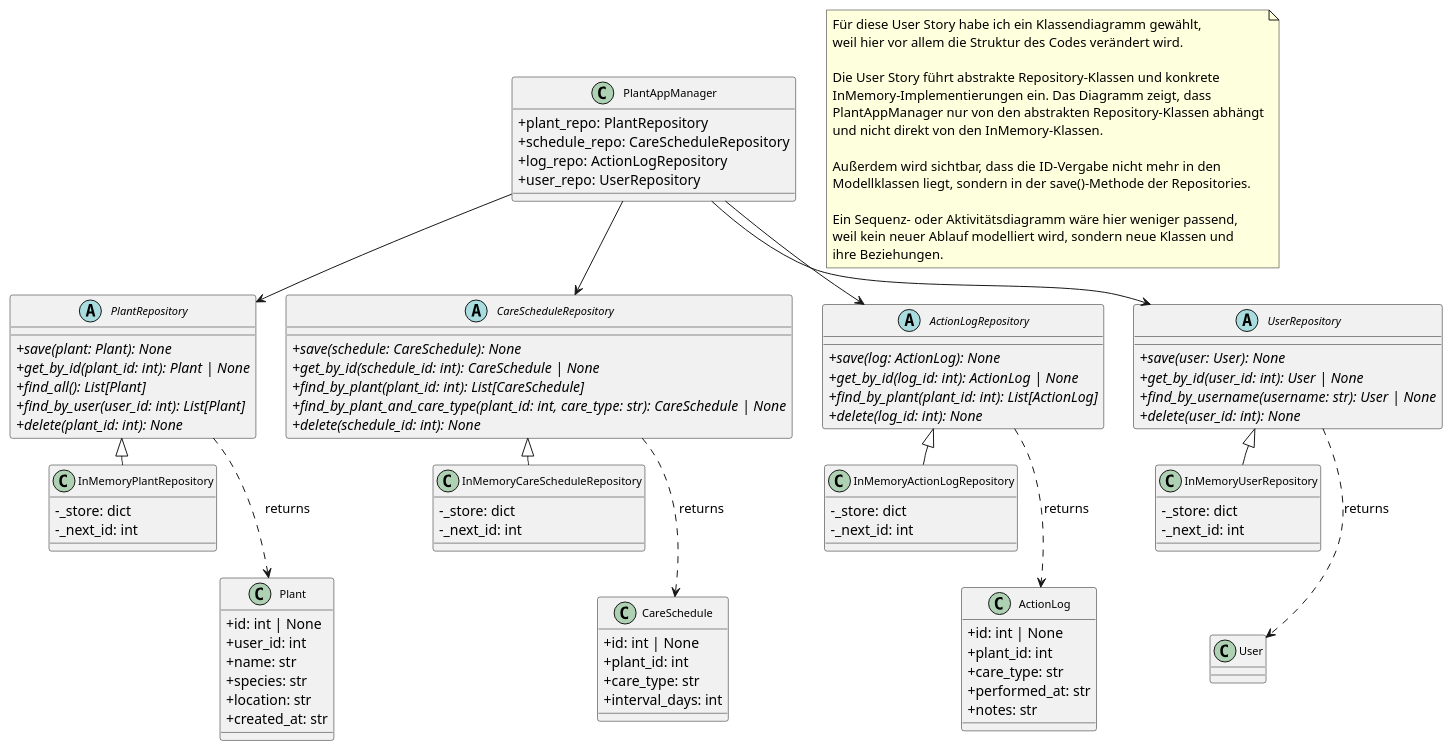
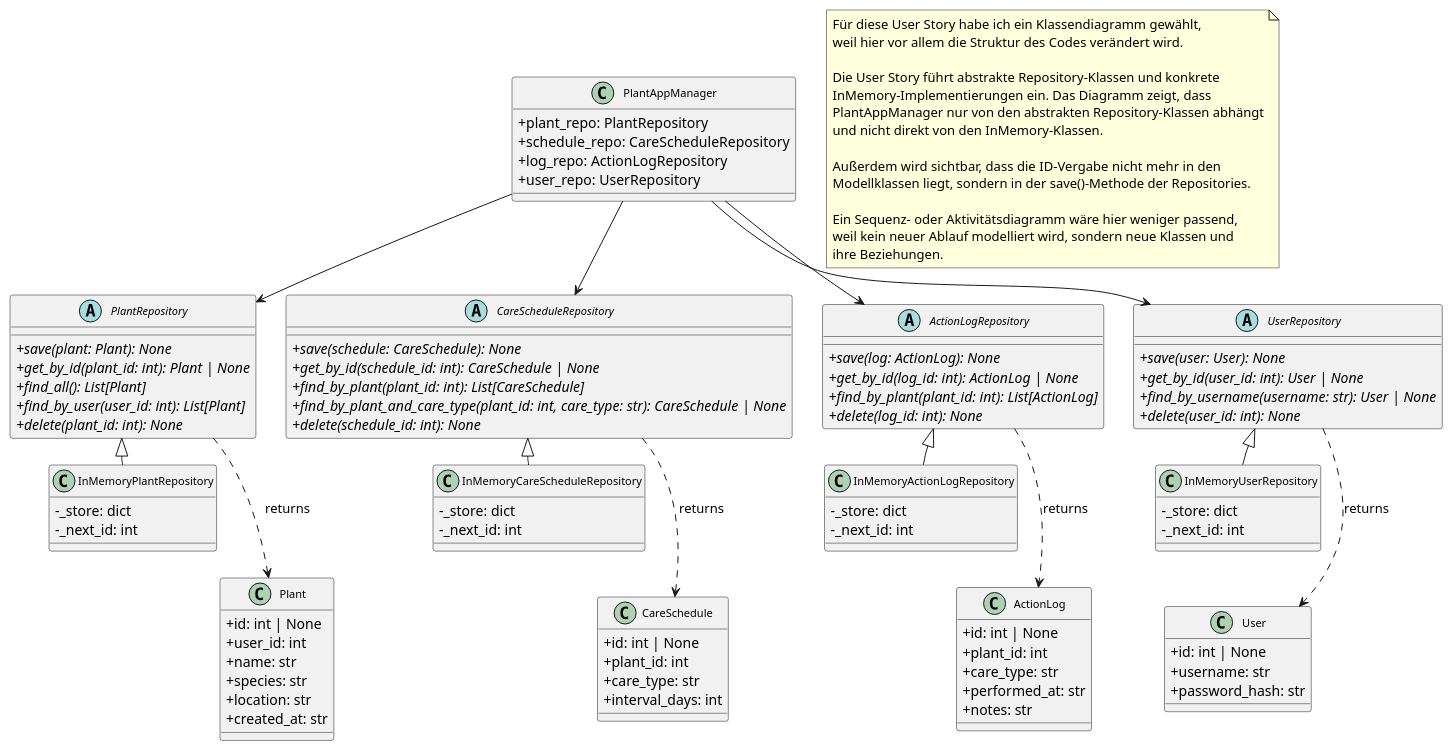
Before and after one commit to Annika-Ostendorp/pflanzenkalender-teil-2: the diagram in diagrams/us4_repository_pattern.puml, drawn with PlantUML.

Commit message:
Added lass User to the diagram

```diff
--- a/diagrams/us4_repository_pattern.puml
+++ b/diagrams/us4_repository_pattern.puml
@@ -1,153 +1,160 @@
 @startuml repository-pattern
 skinparam classAttributeIconSize 0
 skinparam classFontSize 11
 skinparam nodesep 30
 skinparam ranksep 25
 top to bottom direction
 
 
 class PlantAppManager {
   +plant_repo: PlantRepository
   +schedule_repo: CareScheduleRepository
   +log_repo: ActionLogRepository
   +user_repo: UserRepository
 }
 
 
 abstract class PlantRepository {
   {abstract} +save(plant: Plant): None
   {abstract} +get_by_id(plant_id: int): Plant | None
   {abstract} +find_all(): List[Plant]
   {abstract} +find_by_user(user_id: int): List[Plant]
   {abstract} +delete(plant_id: int): None
 }
 
 
 abstract class CareScheduleRepository {
   {abstract} +save(schedule: CareSchedule): None
   {abstract} +get_by_id(schedule_id: int): CareSchedule | None
   {abstract} +find_by_plant(plant_id: int): List[CareSchedule]
   {abstract} +find_by_plant_and_care_type(plant_id: int, care_type: str): CareSchedule | None
   {abstract} +delete(schedule_id: int): None
 }
 
 
 abstract class ActionLogRepository {
   {abstract} +save(log: ActionLog): None
   {abstract} +get_by_id(log_id: int): ActionLog | None
   {abstract} +find_by_plant(plant_id: int): List[ActionLog]
   {abstract} +delete(log_id: int): None
 }
 
 abstract class UserRepository {
   {abstract} +save(user: User): None
   {abstract} +get_by_id(user_id: int): User | None
   {abstract} +find_by_username(username: str): User | None
   {abstract} +delete(user_id: int): None
 }
 
 class InMemoryPlantRepository {
   -_store: dict
   -_next_id: int
 }
 
 
 class InMemoryCareScheduleRepository {
   -_store: dict
   -_next_id: int
 }
 
 
 class InMemoryActionLogRepository {
   -_store: dict
   -_next_id: int
 }
 
 class InMemoryUserRepository {
   -_store: dict
   -_next_id: int
 }
 
 
 class Plant {
   +id: int | None
   +user_id: int
   +name: str
   +species: str
   +location: str
   +created_at: str
 }
 
 class CareSchedule {
   +id: int | None
   +plant_id: int
   +care_type: str
   +interval_days: int
 }
 
 
 class ActionLog {
   +id: int | None
   +plant_id: int
   +care_type: str
   +performed_at: str
   +notes: str
 }
 
+class User {
+  +id: int | None
+  +username: str
+  +password_hash: str
+}
+
+
 ' ── Dependency Inversion: Manager → abstract interfaces ──
 PlantAppManager --> PlantRepository
 PlantAppManager --> CareScheduleRepository
 PlantAppManager --> ActionLogRepository
 PlantAppManager --> UserRepository
 
 
 ' ── Implementations ─────────────────────────────────────
 PlantRepository <|-- InMemoryPlantRepository
 CareScheduleRepository <|-- InMemoryCareScheduleRepository
 ActionLogRepository <|-- InMemoryActionLogRepository
 UserRepository <|-- InMemoryUserRepository
 
 
 ' ── Repository returns domain models ─────────────────────
 PlantRepository ..> Plant : returns
 CareScheduleRepository ..> CareSchedule : returns
 ActionLogRepository ..> ActionLog : returns
 UserRepository ..> User : returns
 
 ' ── Column layout (left → right) ─────────────────────────
 PlantRepository -[hidden]right- CareScheduleRepository
 CareScheduleRepository -[hidden]right- ActionLogRepository
 ActionLogRepository -[hidden]right- UserRepository
 InMemoryPlantRepository -[hidden]right- InMemoryCareScheduleRepository
 InMemoryCareScheduleRepository -[hidden]right- InMemoryActionLogRepository
 InMemoryActionLogRepository -[hidden]right- InMemoryUserRepository
 Plant -[hidden]right- CareSchedule
 CareSchedule -[hidden]right- ActionLog
 ActionLog -[hidden]right- User
 PlantRepository -[hidden]down- InMemoryPlantRepository
 InMemoryPlantRepository -[hidden]down- Plant
 CareScheduleRepository -[hidden]down- InMemoryCareScheduleRepository
 InMemoryCareScheduleRepository -[hidden]down- CareSchedule
 ActionLogRepository -[hidden]down- InMemoryActionLogRepository
 InMemoryActionLogRepository -[hidden]down- ActionLog
 UserRepository -[hidden]down- InMemoryUserRepository
 InMemoryUserRepository -[hidden]down- User
 
 note as N1
 Für diese User Story habe ich ein Klassendiagramm gewählt,
 weil hier vor allem die Struktur des Codes verändert wird.
 
 Die User Story führt abstrakte Repository-Klassen und konkrete
 InMemory-Implementierungen ein. Das Diagramm zeigt, dass
 PlantAppManager nur von den abstrakten Repository-Klassen abhängt
 und nicht direkt von den InMemory-Klassen.
 
 Außerdem wird sichtbar, dass die ID-Vergabe nicht mehr in den
 Modellklassen liegt, sondern in der save()-Methode der Repositories.
 
 Ein Sequenz- oder Aktivitätsdiagramm wäre hier weniger passend,
 weil kein neuer Ablauf modelliert wird, sondern neue Klassen und
 ihre Beziehungen.
 end note
 
 @enduml
```
